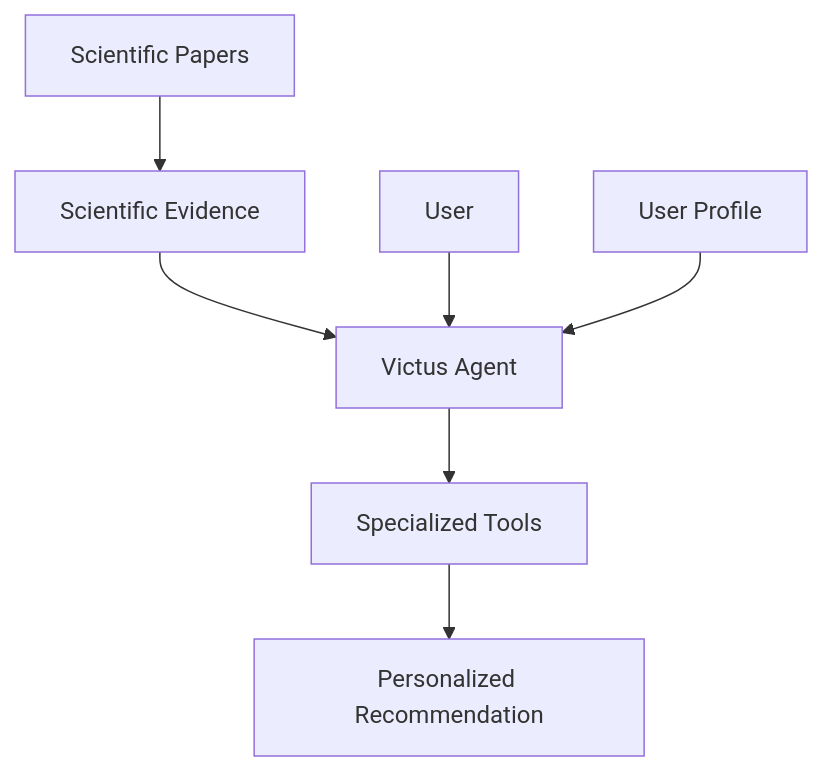
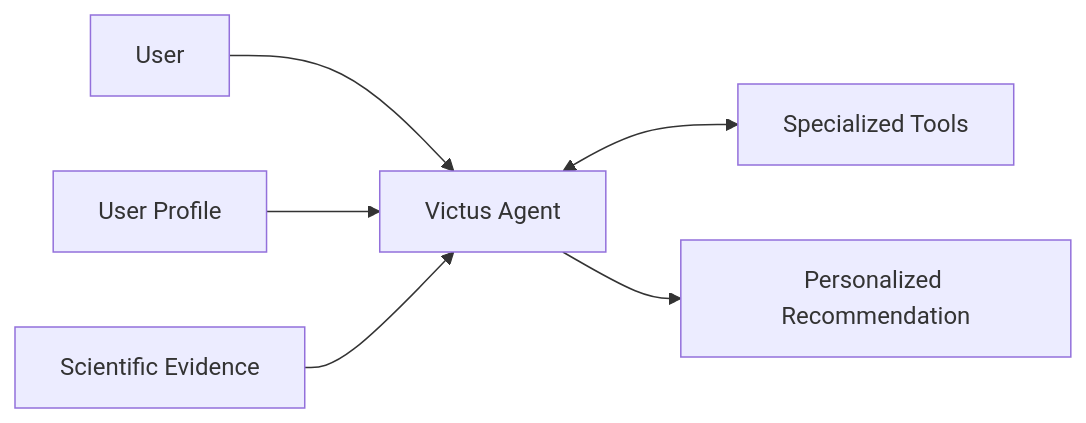
One commit to CarlosGebard/victus-docs changed the diagram in index.md. Above: the diagram before and after it, drawn with Mermaid. The commit also changed other lines of this file, not shown here.

````diff
--- a/index.md
+++ b/index.md
@@ -29,17 +34,15 @@
 ```mermaid
-flowchart TD
-    Papers[Scientific Papers]
-    Evidence[Scientific Evidence]
+flowchart LR
     User[User]
     Profile[User Profile]
+    Evidence[Scientific Evidence]
     Agent[Victus Agent]
     Tools[Specialized Tools]
     Recommendation[Personalized Recommendation]
 
-    Papers --> Evidence
-    Evidence --> Agent
     User --> Agent
     Profile --> Agent
-    Agent --> Tools
-    Tools --> Recommendation
+    Evidence --> Agent
+    Agent <--> Tools
+    Agent --> Recommendation
 ```
````
